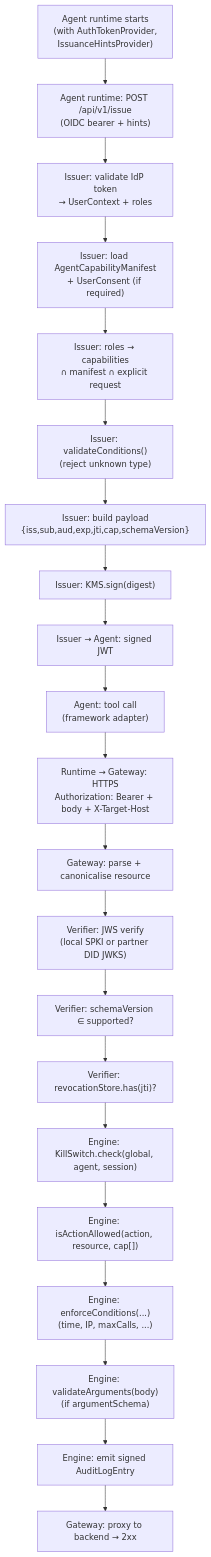
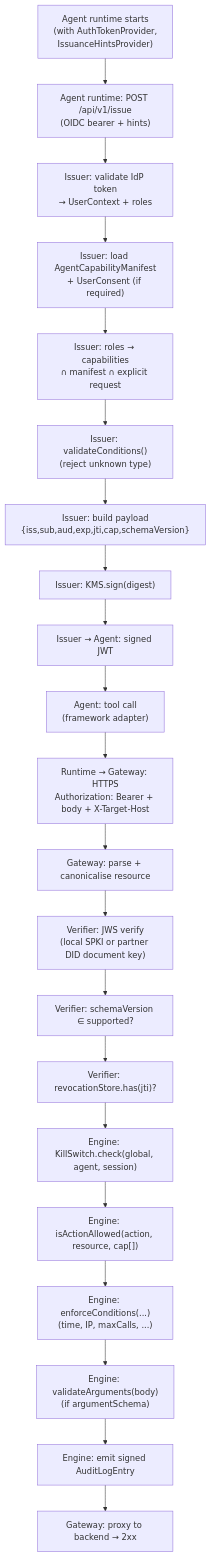
One commit to eunolabs/eunox changed the sixth of 14 diagrams in docs/ARCHITECTURE.md. Above: the diagram before and after it, drawn with Mermaid. The commit also changed other lines of this file, not shown here.

First line of the commit message:
docs: address review feedback on ARCHITECTURE.md (endpoints, partner DID key, kill-switch refresh, posture-emitter wording, rate-limit defaults)

````diff
--- a/docs/ARCHITECTURE.md
+++ b/docs/ARCHITECTURE.md
@@ -308,27 +308,27 @@
 ```mermaid
 flowchart TB
     A1["Agent runtime starts<br/>(with AuthTokenProvider,<br/>IssuanceHintsProvider)"]
     A2["Agent runtime: POST /api/v1/issue<br/>(OIDC bearer + hints)"]
     A3["Issuer: validate IdP token<br/>→ UserContext + roles"]
     A4["Issuer: load AgentCapabilityManifest<br/>+ UserConsent (if required)"]
     A5["Issuer: roles → capabilities<br/>∩ manifest ∩ explicit request"]
     A6["Issuer: validateConditions()<br/>(reject unknown type)"]
     A7["Issuer: build payload<br/>{iss,sub,aud,exp,jti,cap,schemaVersion}"]
     A8["Issuer: KMS.sign(digest)"]
     A9["Issuer → Agent: signed JWT"]
     B1["Agent: tool call<br/>(framework adapter)"]
     B2["Runtime → Gateway: HTTPS<br/>Authorization: Bearer + body + X-Target-Host"]
     B3["Gateway: parse + canonicalise resource"]
-    B4["Verifier: JWS verify<br/>(local SPKI or partner DID JWKS)"]
+    B4["Verifier: JWS verify<br/>(local SPKI or partner DID document key)"]
     B5["Verifier: schemaVersion ∈ supported?"]
     B6["Verifier: revocationStore.has(jti)?"]
     B7["Engine: KillSwitch.check(global, agent, session)"]
     B8["Engine: isActionAllowed(action, resource, cap[])"]
     B9["Engine: enforceConditions(...)<br/>(time, IP, maxCalls, ...)"]
     B10["Engine: validateArguments(body)<br/>(if argumentSchema)"]
     B11["Engine: emit signed AuditLogEntry"]
     B12["Gateway: proxy to backend → 2xx"]
 
     A1-->A2-->A3-->A4-->A5-->A6-->A7-->A8-->A9
     A9-->B1-->B2-->B3-->B4-->B5-->B6-->B7-->B8-->B9-->B10-->B11-->B12
 ```
````
